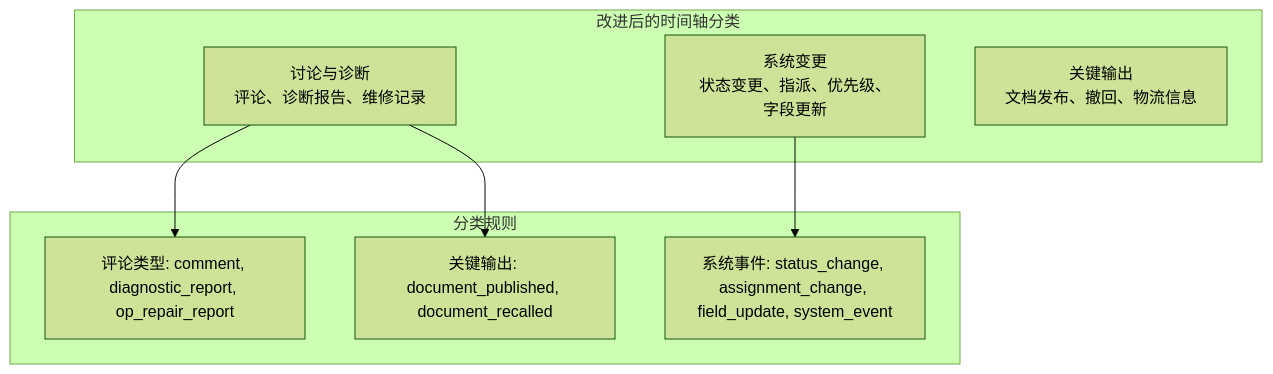
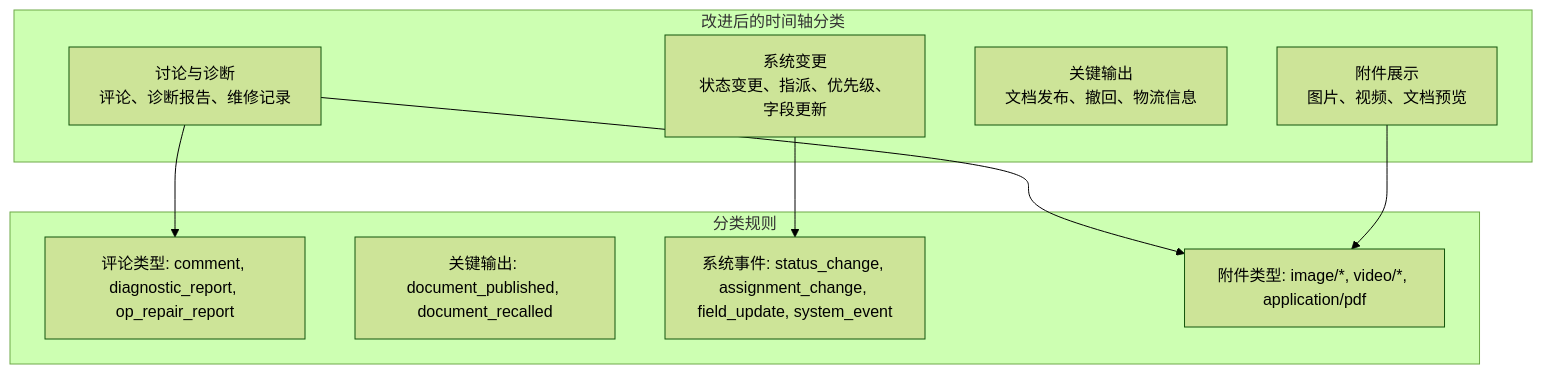
Diagram 17 of 23 in .qoder/repowiki/zh/content/Ticket Detail System/Ticket Detail System.md (CubeEdge/Longhorn), drawn with Mermaid (forest theme) before and after one commit. The commit also changed other lines of this file and 118 other files, not shown here.

````diff
--- a/.qoder/repowiki/zh/content/Ticket Detail System/Ticket Detail System.md
+++ b/.qoder/repowiki/zh/content/Ticket Detail System/Ticket Detail System.md
@@ -475,16 +730,19 @@
 ```mermaid
 graph TD
 subgraph "改进后的时间轴分类"
 Discussion[讨论与诊断<br/>评论、诊断报告、维修记录]
 SystemEvents[系统变更<br/>状态变更、指派、优先级、字段更新]
 KeyOutputs[关键输出<br/>文档发布、撤回、物流信息]
+Attachments[附件展示<br/>图片、视频、文档预览]
 end
 subgraph "分类规则"
 COMMENT_TYPES[评论类型: comment, diagnostic_report, op_repair_report]
 KEY_OUTPUT_TYPES[关键输出: document_published, document_recalled]
 SYSTEM_TYPES[系统事件: status_change, assignment_change, field_update, system_event]
+ATTACHMENT_TYPES[附件类型: image/*, video/*, application/pdf]
 end
 Discussion --> COMMENT_TYPES
-Discussion --> KEY_OUTPUT_TYPES
+Discussion --> ATTACHMENT_TYPES
 SystemEvents --> SYSTEM_TYPES
+Attachments --> ATTACHMENT_TYPES
 ```
````
